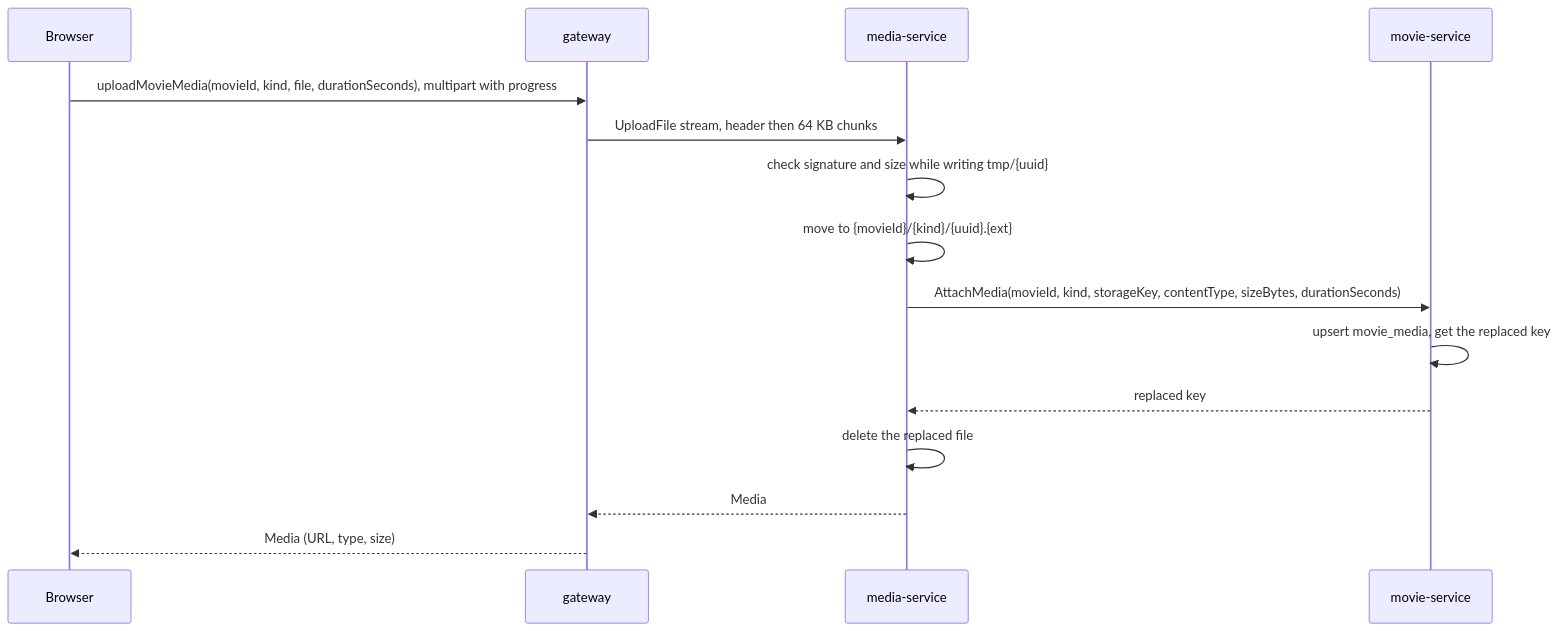
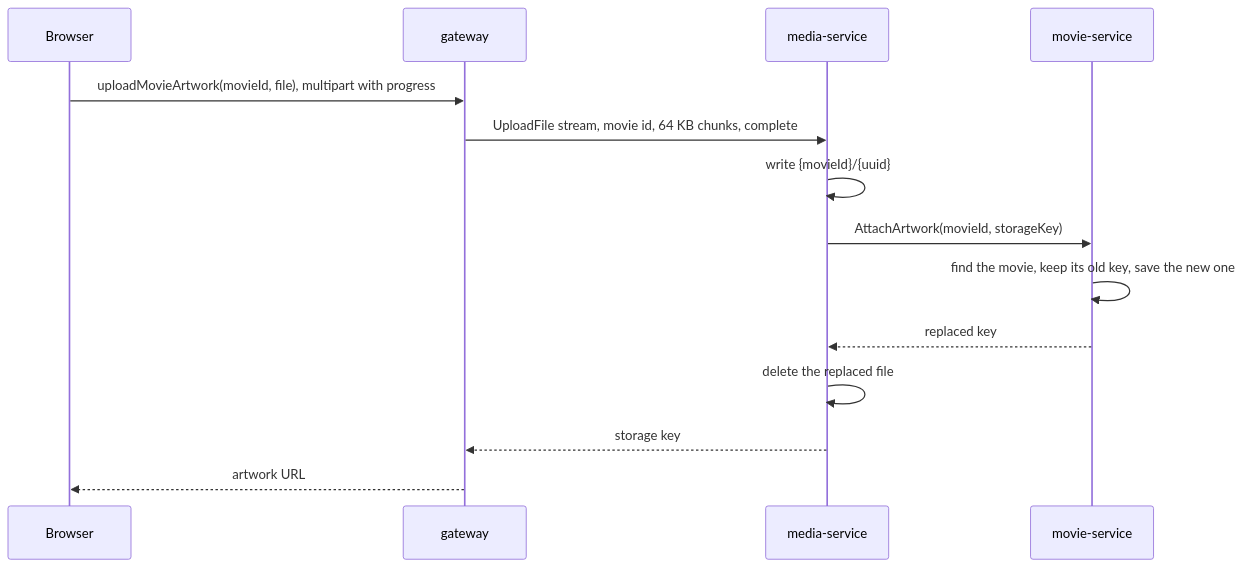
Before and after one commit to dancepop/svelte-kotlin-try: the fourth of 6 diagrams in docs/backend-design.md, drawn with Mermaid. The commit also changed other lines of this file and 67 other files, not shown here.

````diff
--- a/docs/backend-design.md
+++ b/docs/backend-design.md
@@ -174,17 +158,16 @@
 ```mermaid
 sequenceDiagram
   participant B as Browser
   participant G as gateway
   participant M as media-service
   participant V as movie-service
-  B->>G: uploadMovieMedia(movieId, kind, file, durationSeconds), multipart with progress
-  G->>M: UploadFile stream, header then 64 KB chunks
-  M->>M: check signature and size while writing tmp/{uuid}
-  M->>M: move to {movieId}/{kind}/{uuid}.{ext}
-  M->>V: AttachMedia(movieId, kind, storageKey, contentType, sizeBytes, durationSeconds)
-  V->>V: upsert movie_media, get the replaced key
+  B->>G: uploadMovieArtwork(movieId, file), multipart with progress
+  G->>M: UploadFile stream, movie id, 64 KB chunks, complete
+  M->>M: write {movieId}/{uuid}
+  M->>V: AttachArtwork(movieId, storageKey)
+  V->>V: find the movie, keep its old key, save the new one
   V-->>M: replaced key
   M->>M: delete the replaced file
-  M-->>G: Media
-  G-->>B: Media (URL, type, size)
+  M-->>G: storage key
+  G-->>B: artwork URL
 ```
````
